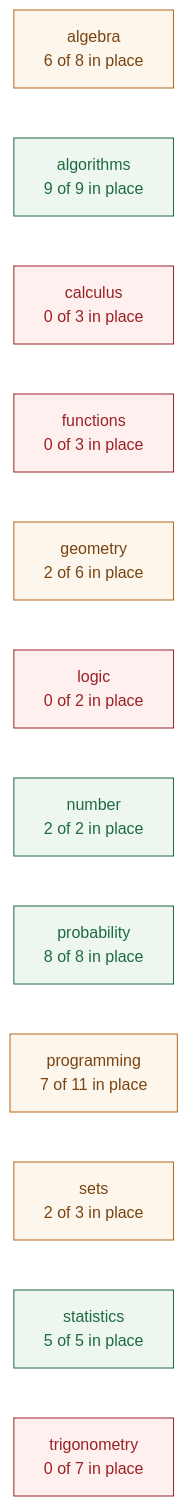
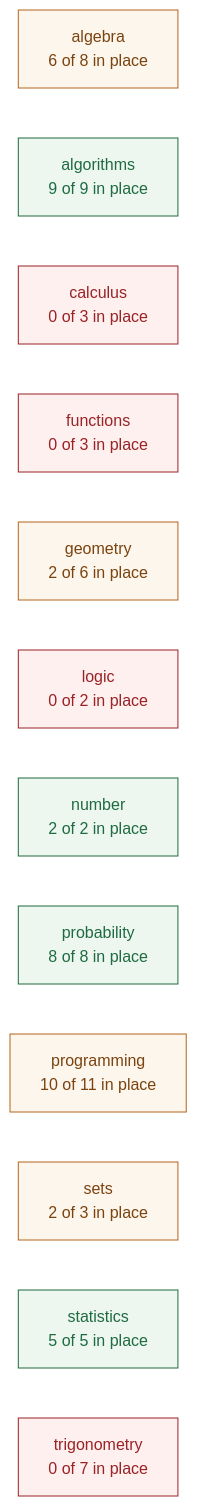
The first of 3 diagrams in planning/CURRICULUM_MAP.md (deweydex/dewlab), drawn with Mermaid before and after one commit. The commit also changed other lines of this file and 9 other files, not shown here.

````diff
--- a/planning/CURRICULUM_MAP.md
+++ b/planning/CURRICULUM_MAP.md
@@ -44,22 +44,22 @@
 ```mermaid
 graph LR
   algebra["algebra<br/>6 of 8 in place"]
   algorithms["algorithms<br/>9 of 9 in place"]
   calculus["calculus<br/>0 of 3 in place"]
   functions["functions<br/>0 of 3 in place"]
   geometry["geometry<br/>2 of 6 in place"]
   logic["logic<br/>0 of 2 in place"]
   number["number<br/>2 of 2 in place"]
   probability["probability<br/>8 of 8 in place"]
-  programming["programming<br/>7 of 11 in place"]
+  programming["programming<br/>10 of 11 in place"]
   sets["sets<br/>2 of 3 in place"]
   statistics["statistics<br/>5 of 5 in place"]
   trigonometry["trigonometry<br/>0 of 7 in place"]
 
   classDef full fill:#edf7f0,stroke:#1f6b3f,color:#1f6b3f;
   classDef part fill:#fdf6ec,stroke:#b5651d,color:#7a4310;
   classDef none fill:#fdf0ef,stroke:#9b2226,color:#9b2226;
   class algorithms,number,probability,statistics full;
   class algebra,geometry,programming,sets part;
   class calculus,functions,logic,trigonometry none;
 ```
````
